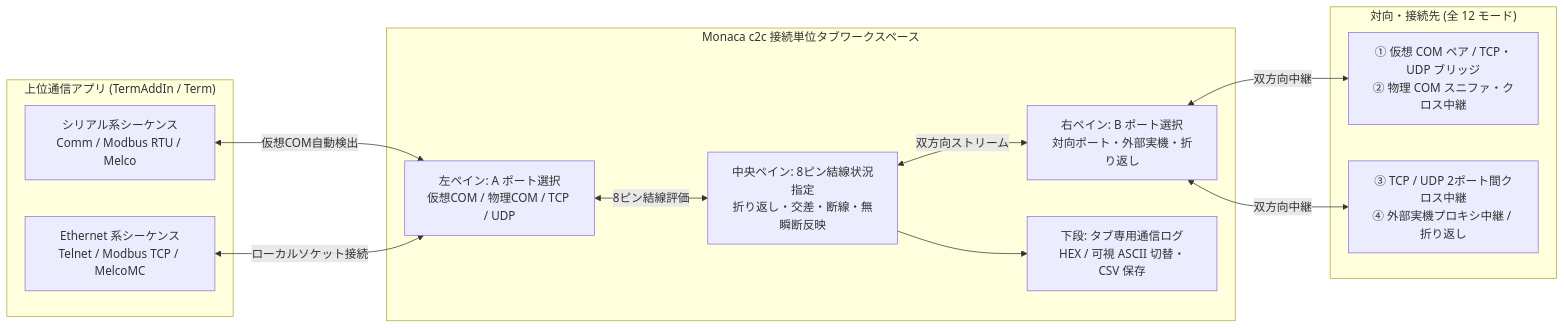
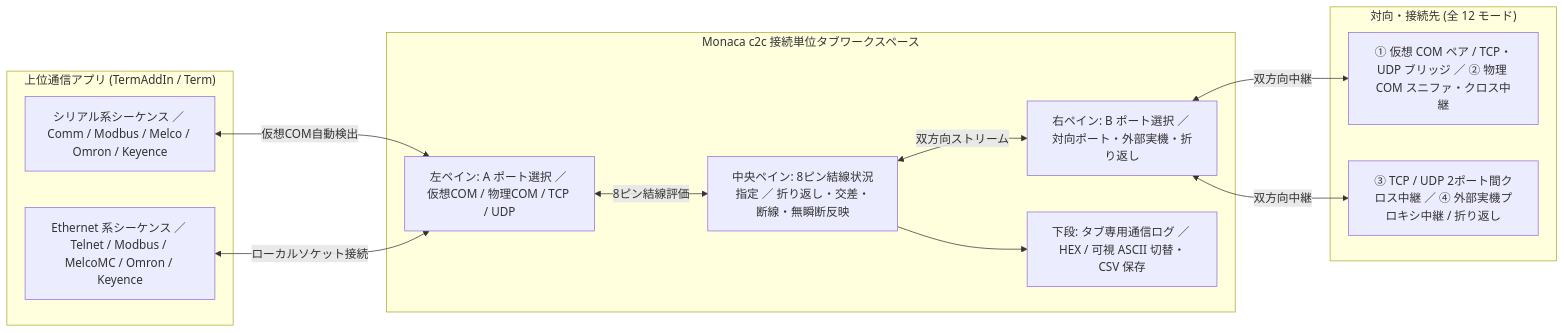
One commit to Monaca-App/c2c changed the diagram in README.md. Above: the diagram before and after it, drawn with Mermaid. The commit also changed other lines of this file and 3 other files, not shown here.

````diff
--- a/README.md
+++ b/README.md
@@ -29,27 +29,27 @@
 ```mermaid
 flowchart LR
     subgraph AppSide ["上位通信アプリ (TermAddIn / Term)"]
-        SerialApp["シリアル系シーケンス<br/>Comm / Modbus RTU / Melco"]
-        EthApp["Ethernet 系シーケンス<br/>Telnet / Modbus TCP / MelcoMC"]
+        SerialApp["シリアル系シーケンス ／ Comm / Modbus / Melco / Omron / Keyence"]
+        EthApp["Ethernet 系シーケンス ／ Telnet / Modbus / MelcoMC / Omron / Keyence"]
     end
 
     subgraph Broker ["Monaca c2c 接続単位タブワークスペース"]
-        PortA["左ペイン: A ポート選択<br/>仮想COM / 物理COM / TCP / UDP"]
-        Wiring["中央ペイン: 8ピン結線状況指定<br/>折り返し・交差・断線・無瞬断反映"]
-        PortB["右ペイン: B ポート選択<br/>対向ポート・外部実機・折り返し"]
-        TabLog["下段: タブ専用通信ログ<br/>HEX / 可視 ASCII 切替・CSV 保存"]
+        PortA["左ペイン: A ポート選択 ／ 仮想COM / 物理COM / TCP / UDP"]
+        Wiring["中央ペイン: 8ピン結線状況指定 ／ 折り返し・交差・断線・無瞬断反映"]
+        PortB["右ペイン: B ポート選択 ／ 対向ポート・外部実機・折り返し"]
+        TabLog["下段: タブ専用通信ログ ／ HEX / 可視 ASCII 切替・CSV 保存"]
     end
 
     subgraph Targets ["対向・接続先 (全 12 モード)"]
-        ComModes["① 仮想 COM ペア / TCP・UDP ブリッジ<br/>② 物理 COM スニファ・クロス中継"]
-        EthModes["③ TCP / UDP 2ポート間クロス中継<br/>④ 外部実機プロキシ中継 / 折り返し"]
+        ComModes["① 仮想 COM ペア / TCP・UDP ブリッジ ／ ② 物理 COM スニファ・クロス中継"]
+        EthModes["③ TCP / UDP 2ポート間クロス中継 ／ ④ 外部実機プロキシ中継 / 折り返し"]
     end
 
     SerialApp <-->|仮想COM自動検出| PortA
     EthApp <-->|ローカルソケット接続| PortA
     PortA <-->|8ピン結線評価| Wiring
     Wiring <-->|双方向ストリーム| PortB
     Wiring --> TabLog
     PortB <-->|双方向中継| ComModes
     PortB <-->|双方向中継| EthModes
 ```
````
